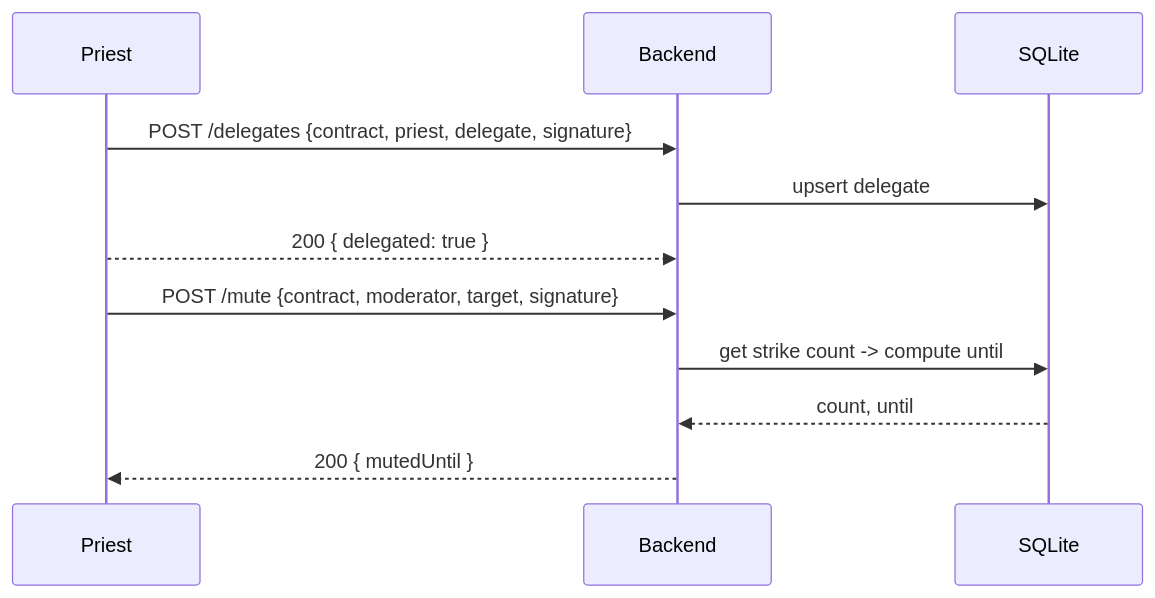
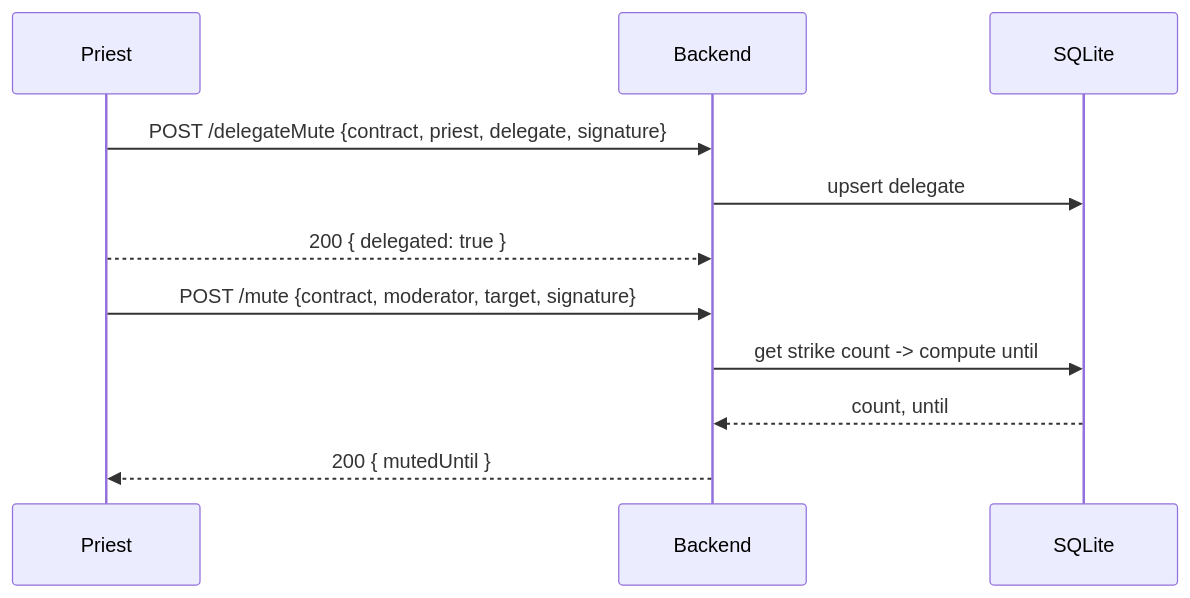
One commit to templ-fun/templ-evm-protocol changed the sixth of 11 diagrams in CORE_FLOW_DOCS.MD. Above: the diagram before and after it, drawn with Mermaid. The commit also changed other lines of this file and 27 other files, not shown here.

````diff
--- a/CORE_FLOW_DOCS.MD
+++ b/CORE_FLOW_DOCS.MD
@@ -91,13 +91,13 @@
 ```mermaid
 sequenceDiagram
     participant P as Priest
     participant B as Backend
     participant D as SQLite
-    P->>B: POST /delegates {contract, priest, delegate, signature}
+    P->>B: POST /delegateMute {contract, priest, delegate, signature}
     B->>D: upsert delegate
     P-->>B: 200 { delegated: true }
     P->>B: POST /mute {contract, moderator, target, signature}
     B->>D: get strike count -> compute until
     D-->>B: count, until
     B-->>P: 200 { mutedUntil }
 ```
````
